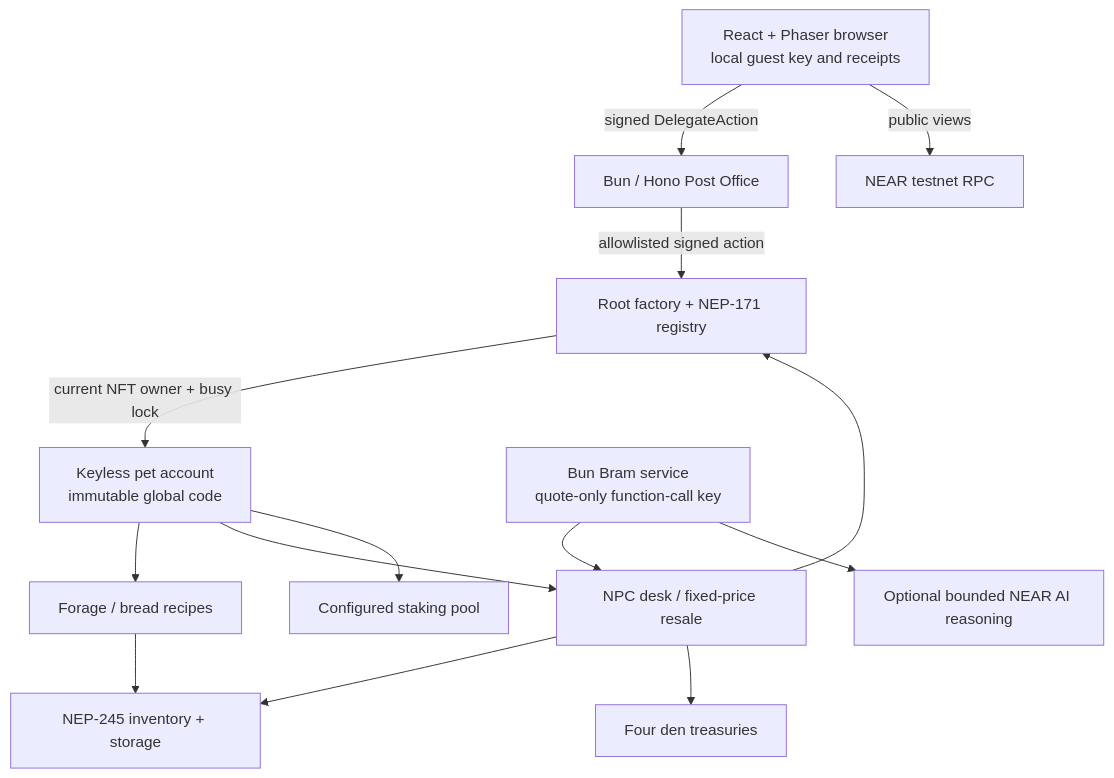
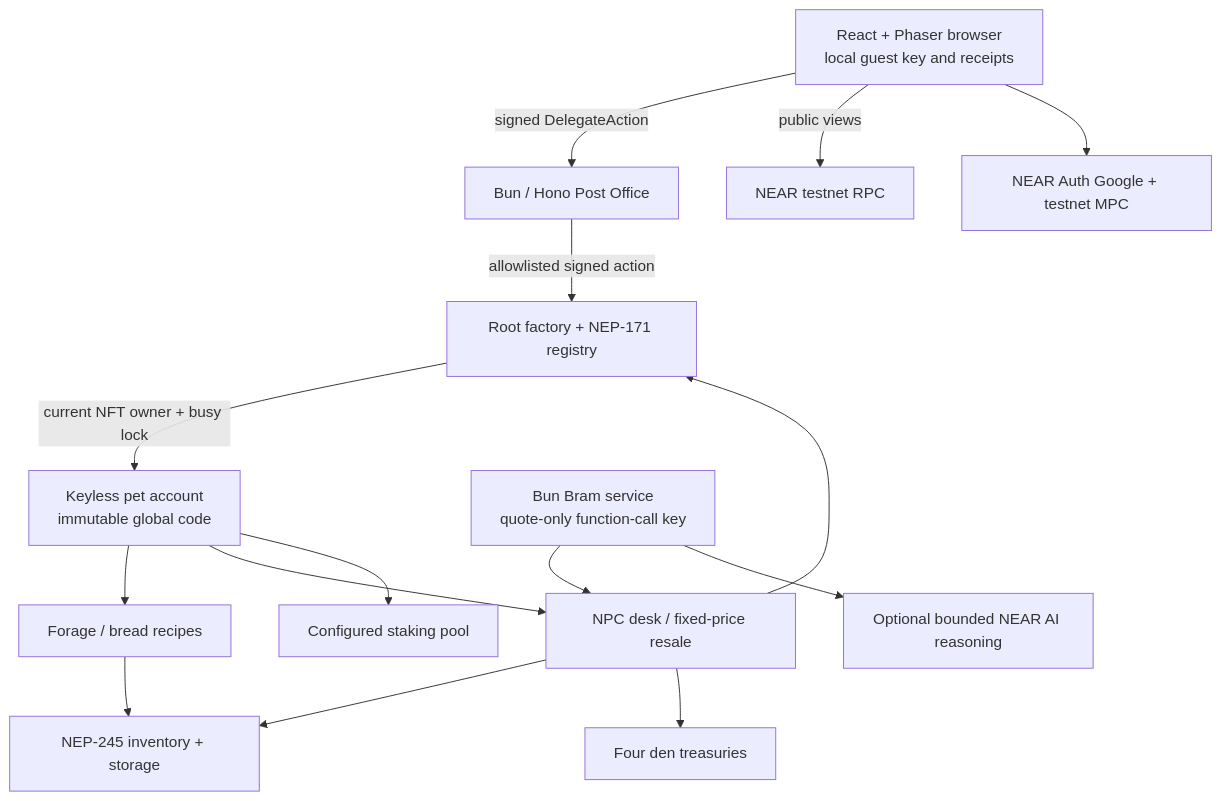
Before and after one commit to dadadave80/familiar: the diagram in docs/ARCHITECTURE.md, drawn with Mermaid. The commit also changed other lines of this file and 25 other files, not shown here.

````diff
--- a/docs/ARCHITECTURE.md
+++ b/docs/ARCHITECTURE.md
@@ -5,16 +5,17 @@
 ```mermaid
 flowchart TD
   Browser[React + Phaser browser\nlocal guest key and receipts] -->|signed DelegateAction| Relayer[Bun / Hono Post Office]
   Relayer -->|allowlisted signed action| Registry[Root factory + NEP-171 registry]
   Browser -->|public views| RPC[NEAR testnet RPC]
   Registry -->|current NFT owner + busy lock| Pet[Keyless pet account\nimmutable global code]
   Pet --> Bakery[Forage / bread recipes]
   Bakery --> Items[NEP-245 inventory + storage]
   Pet --> Market[NPC desk / fixed-price resale]
   Market --> Items
   Market --> Registry
   Market --> Dens[Four den treasuries]
   Pet --> Pool[Configured staking pool]
   NPC[Bun Bram service\nquote-only function-call key] --> Market
   NPC --> AI[Optional bounded NEAR AI reasoning]
+  Browser --> Auth[NEAR Auth Google + testnet MPC]
 ```
````
